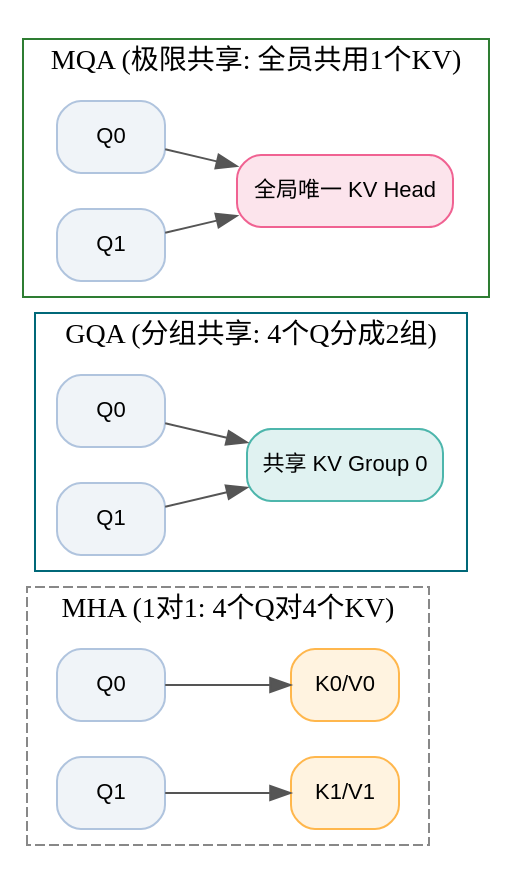
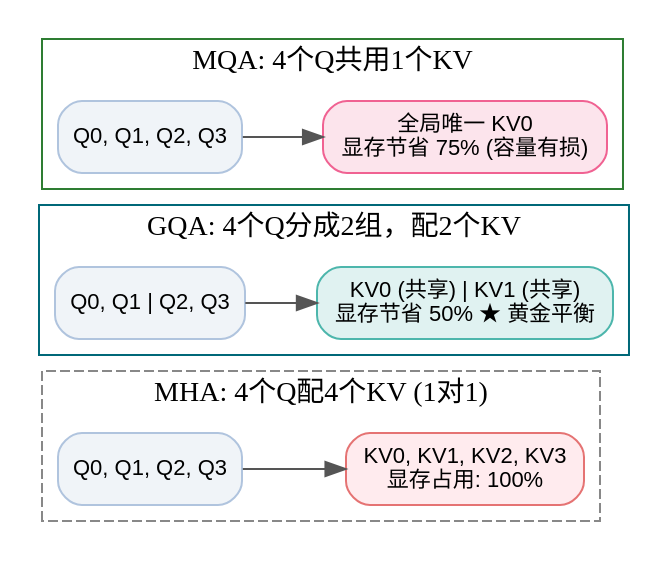
One commit to hqu-little-boy/blog changed the second of 3 diagrams in src/content/posts/dl-operators-06-attention-mechanisms-flashattention-mla-guide.md. Above: the diagram before and after it, drawn with Graphviz. The commit also changed other lines of this file and 11 other files, not shown here.

````diff
--- a/src/content/posts/dl-operators-06-attention-mechanisms-flashattention-mla-guide.md
+++ b/src/content/posts/dl-operators-06-attention-mechanisms-flashattention-mla-guide.md
@@ -214,31 +162,28 @@
 ```graphviz
-digraph AttentionVariants {
+digraph AttentionEvolution {
     rankdir=LR;
     node [fontname="Helvetica,Arial,sans-serif", fontsize=11, shape=rect, style="rounded,filled", fillcolor="#f0f4f8", color="#b0c4de"];
     edge [fontname="Helvetica,Arial,sans-serif", fontsize=10, color="#555555"];
 
     subgraph cluster_mha {
-        label = "MHA (1对1: 4个Q对4个KV)";
-        style = dashed; color = "#888888";
-        q0 [label="Q0"]; k0 [label="K0/V0", fillcolor="#fff3e0", color="#ffb74d"];
-        q1 [label="Q1"]; k1 [label="K1/V1", fillcolor="#fff3e0", color="#ffb74d"];
-        q0 -> k0; q1 -> k1;
+        label = "MHA: 4个Q配4个KV (1对1)"; style=dashed; color="#888888";
+        mha_q [label="Q0, Q1, Q2, Q3"];
+        mha_kv [label="KV0, KV1, KV2, KV3\n显存占用: 100%", fillcolor="#ffebee", color="#e57373"];
+        mha_q -> mha_kv;
     }
 
     subgraph cluster_gqa {
-        label = "GQA (分组共享: 4个Q分成2组)";
-        style = solid; color = "#006878";
-        g_q0 [label="Q0"]; g_q1 [label="Q1"];
-        g_kv0 [label="共享 KV Group 0", fillcolor="#e0f2f1", color="#4db6ac"];
-        g_q0 -> g_kv0; g_q1 -> g_kv0;
+        label = "GQA: 4个Q分成2组，配2个KV"; style=solid; color="#006878";
+        gqa_q [label="Q0, Q1 | Q2, Q3"];
+        gqa_kv [label="KV0 (共享) | KV1 (共享)\n显存节省 50% ★ 黄金平衡", fillcolor="#e0f2f1", color="#4db6ac"];
+        gqa_q -> gqa_kv;
     }
 
     subgraph cluster_mqa {
-        label = "MQA (极限共享: 全员共用1个KV)";
-        style = solid; color = "#2e7d32";
-        m_q0 [label="Q0"]; m_q1 [label="Q1"];
-        m_kv [label="全局唯一 KV Head", fillcolor="#fce4ec", color="#f06292"];
-        m_q0 -> m_kv; m_q1 -> m_kv;
+        label = "MQA: 4个Q共用1个KV"; style=solid; color="#2e7d32";
+        mqa_q [label="Q0, Q1, Q2, Q3"];
+        mqa_kv [label="全局唯一 KV0\n显存节省 75% (容量有损)", fillcolor="#fce4ec", color="#f06292"];
+        mqa_q -> mqa_kv;
     }
 }
 ```
````
